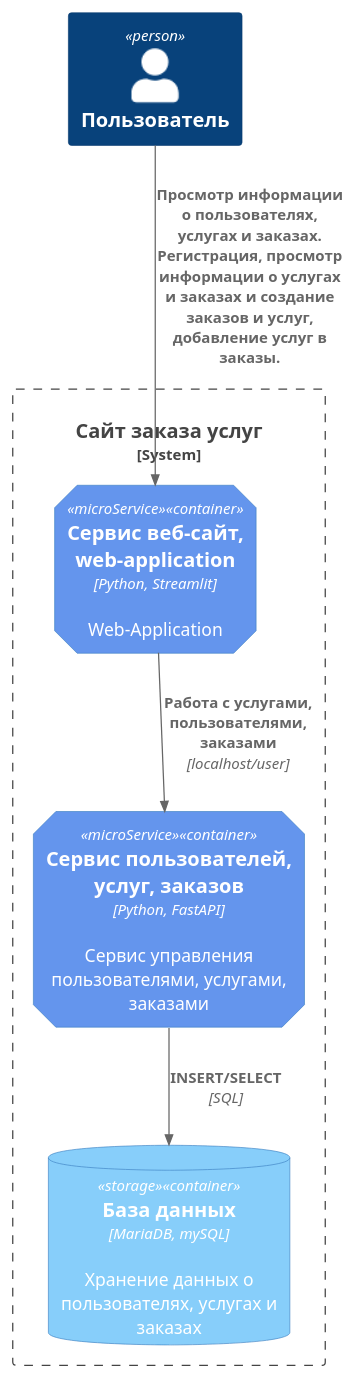
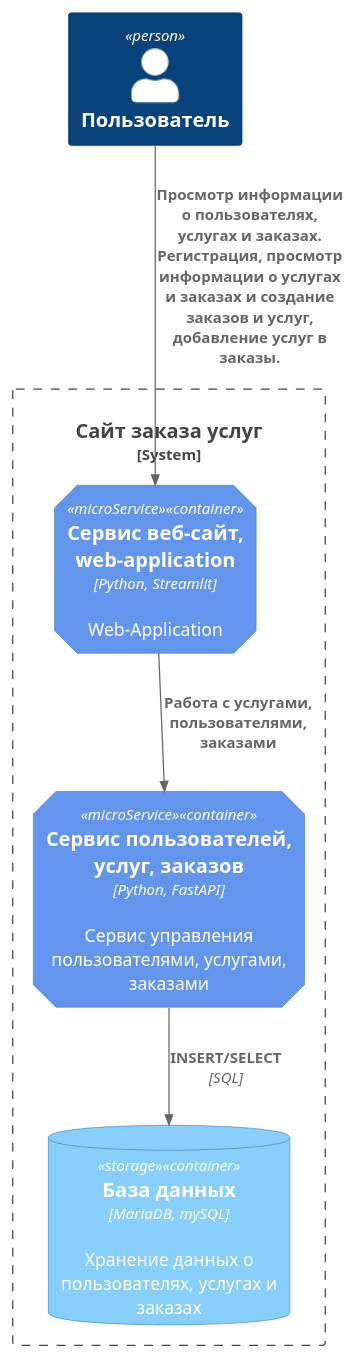
Before and after one commit to KoryakovDmitry/hl_mai_lab_01_python: the diagram in umls/companent_diagram.iuml, drawn with PlantUML.

Commit message:
companent_diagram.iuml

```diff
--- a/umls/companent_diagram.iuml
+++ b/umls/companent_diagram.iuml
@@ -1,20 +1,20 @@
 @startuml
 !include https://raw.githubusercontent.com/plantuml-stdlib/C4-PlantUML/master/C4_Container.puml
 
 AddElementTag("microService", $shape=EightSidedShape(), $bgColor="CornflowerBlue", $fontColor="white", $legendText="microservice")
 AddElementTag("storage", $shape=RoundedBoxShape(), $bgColor="lightSkyBlue", $fontColor="white")
 
 Person(user, "Пользователь")
 
 System_Boundary(service_order_site, "Сайт заказа услуг") {
    Container(web_site, "Сервис веб-сайт, web-application", "Python, Streamlit", "Web-Application", $tags = "microService")
    Container(user_service_order_service, "Сервис пользователей, услуг, заказов", "Python, FastAPI", "Сервис управления пользователями, услугами, заказами", $tags = "microService")
    ContainerDb(db, "База данных", "MariaDB, mySQL", "Хранение данных о пользователях, услугах и заказах", $tags = "storage")
 }
 
 Rel(user, web_site, "Просмотр информации о пользователях, услугах и заказах. Регистрация, просмотр информации о услугах и заказах и создание заказов и услуг, добавление услуг в заказы.")
 
-Rel(web_site, user_service_order_service, "Работа с услугами, пользователями, заказами", "localhost/user")
+Rel(web_site, user_service_order_service, "Работа с услугами, пользователями, заказами")
 Rel(user_service_order_service, db, "INSERT/SELECT", "SQL")
 
 @enduml
```
